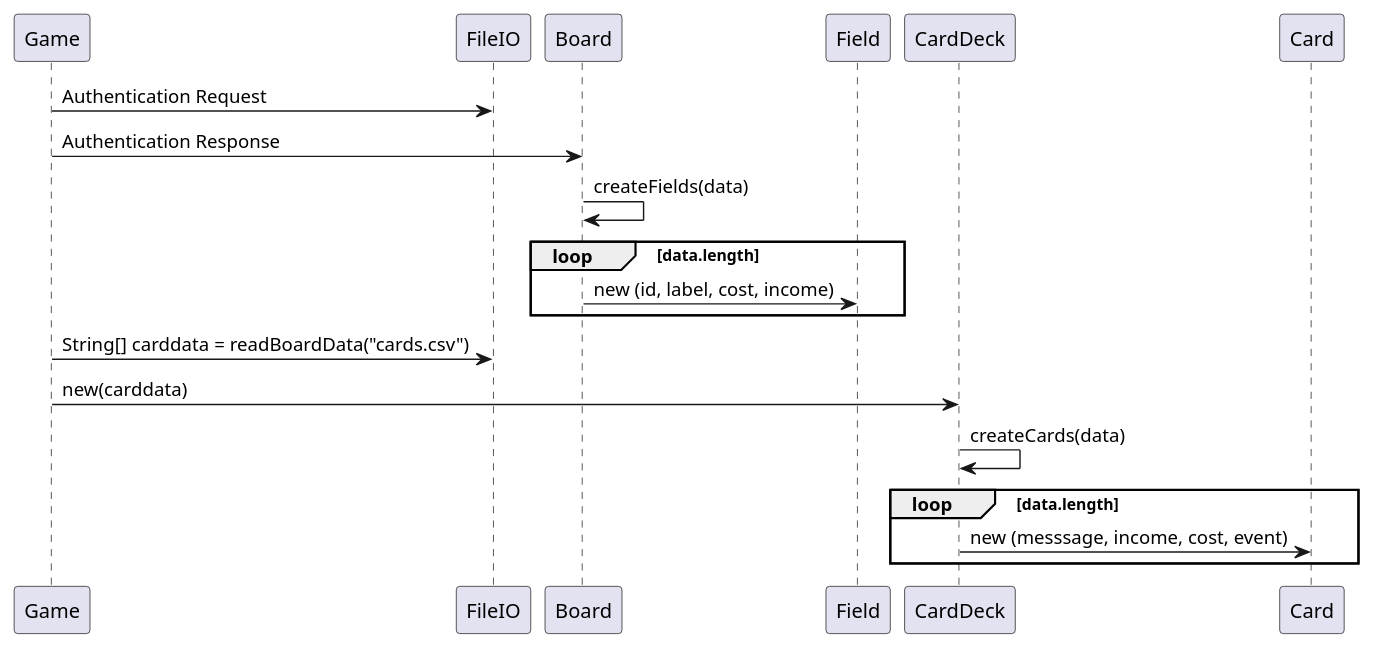
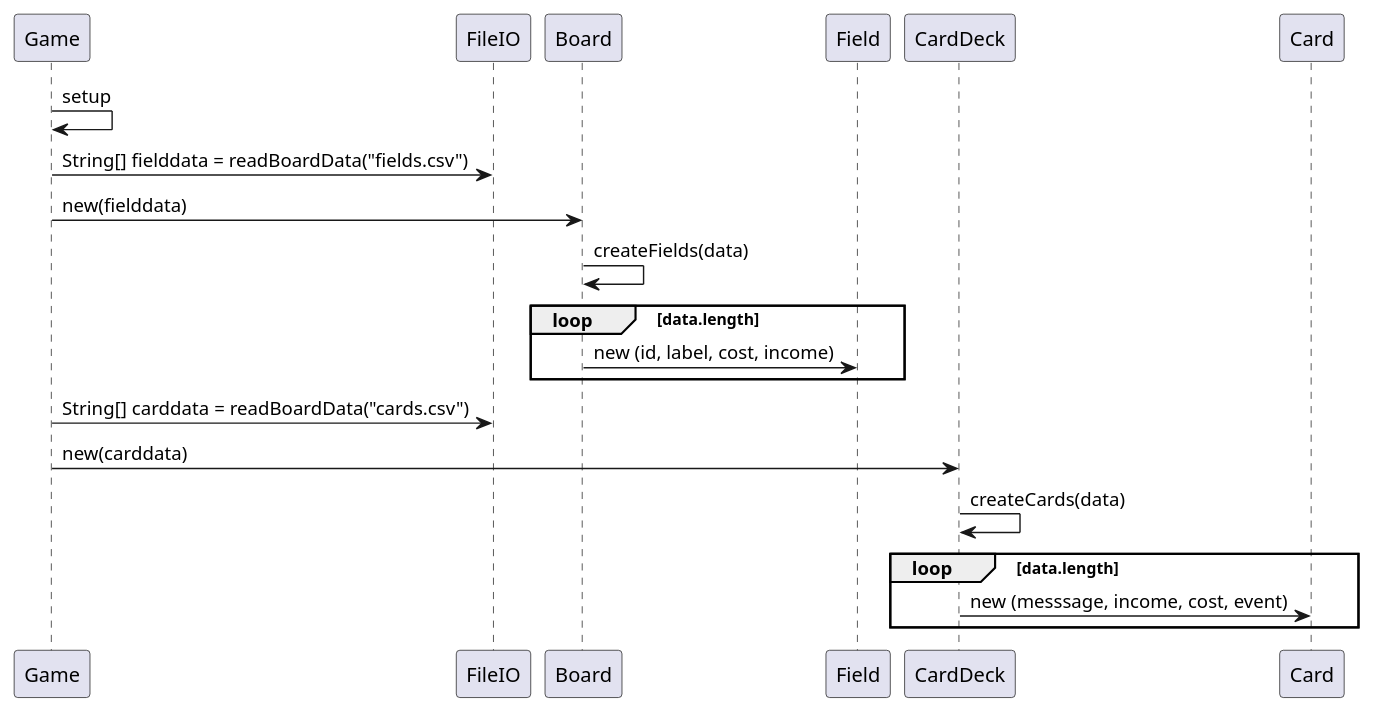
The diagram in doc/UC1SequenceDiagramLinus.puml (Dat1Cphbusiness/MonopolyF25), drawn with PlantUML before and after one commit.

Commit message:
added sequence diagram of UC1

```diff
--- a/doc/UC1SequenceDiagramLinus.puml
+++ b/doc/UC1SequenceDiagramLinus.puml
@@ -1,19 +1,19 @@
 @startuml
 'https://plantuml.com/sequence-diagram
 
 
-
-Game -> FileIO: Authentication Request
-Game -> Board: Authentication Response
+Game -> Game: setup
+Game -> FileIO: String[] fielddata = readBoardData("fields.csv")
+Game -> Board: new(fielddata)
 Board -> Board: createFields(data)
 loop data.length
 Board -> Field: new (id, label, cost, income)
 end
 Game -> FileIO: String[] carddata = readBoardData("cards.csv")
 Game -> CardDeck: new(carddata)
 CardDeck -> CardDeck: createCards(data)
 loop data.length
 CardDeck -> Card: new (messsage, income, cost, event)
 end
 
 @enduml
```
